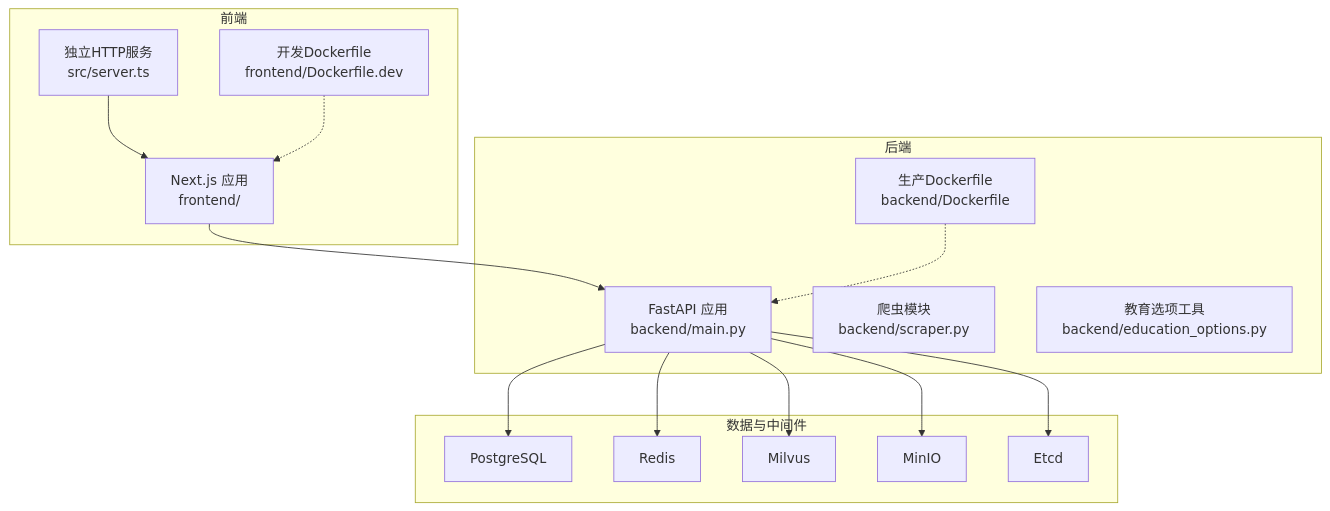
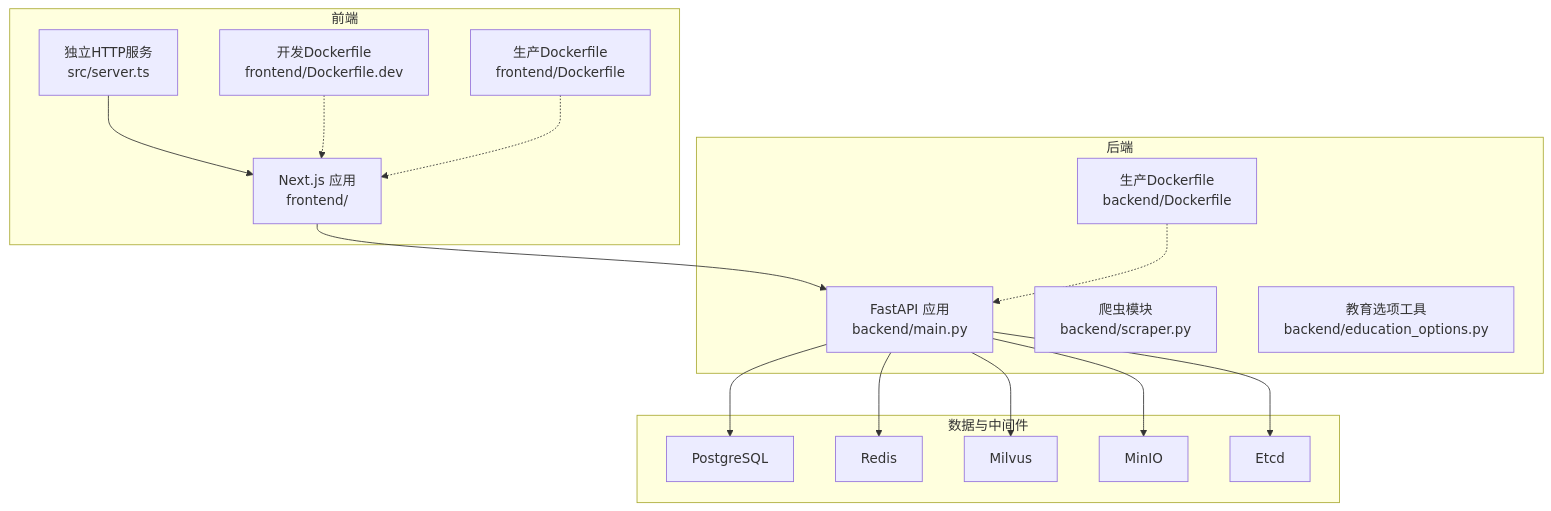
One commit to ghbbn053-ship-itsoulddog/soulddog changed the first of 6 diagrams in .qoder/repowiki/zh/content/开发指南/开发指南.md. Above: the diagram before and after it, drawn with Mermaid. The commit also changed other lines of this file and 13 other files, not shown here.

````diff
--- a/.qoder/repowiki/zh/content/开发指南/开发指南.md
+++ b/.qoder/repowiki/zh/content/开发指南/开发指南.md
@@ -62,30 +65,32 @@
 ```mermaid
 graph TB
 subgraph "前端"
 FE["Next.js 应用<br/>frontend/"]
 SRV["独立HTTP服务<br/>src/server.ts"]
 FD["开发Dockerfile<br/>frontend/Dockerfile.dev"]
+FP["生产Dockerfile<br/>frontend/Dockerfile"]
 end
 subgraph "后端"
 API["FastAPI 应用<br/>backend/main.py"]
 SCR["爬虫模块<br/>backend/scraper.py"]
 OPT["教育选项工具<br/>backend/education_options.py"]
 BD["生产Dockerfile<br/>backend/Dockerfile"]
 end
 subgraph "数据与中间件"
 PG["PostgreSQL"]
 RD["Redis"]
 ML["Milvus"]
 MC["MinIO"]
 ET["Etcd"]
 end
 FE --> API
 SRV --> FE
 API --> PG
 API --> RD
 API --> ML
 API --> MC
 API --> ET
 FD -.-> FE
+FP -.-> FE
 BD -.-> API
 ```
````
